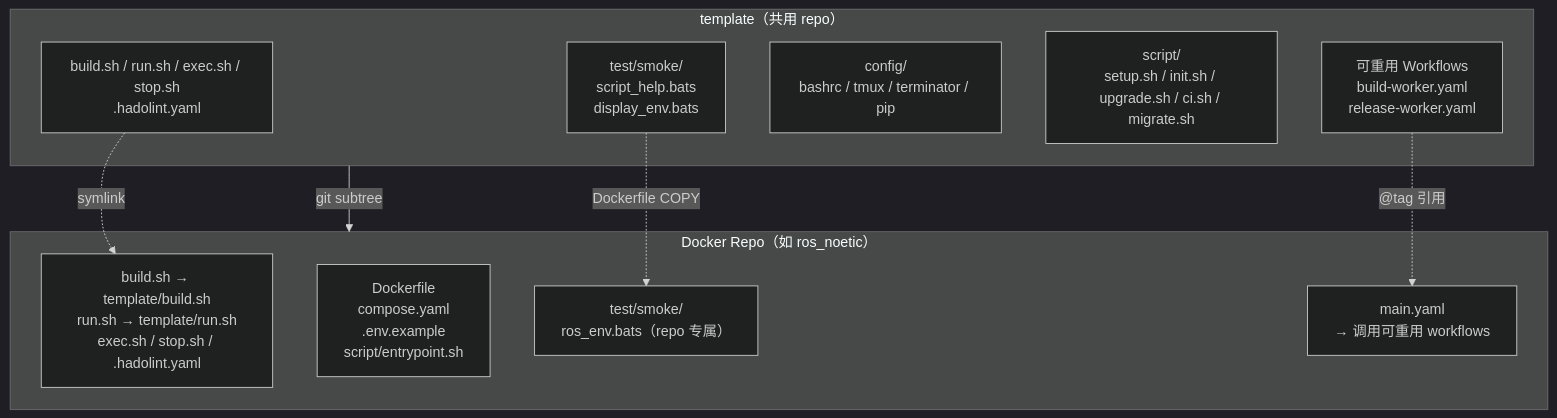
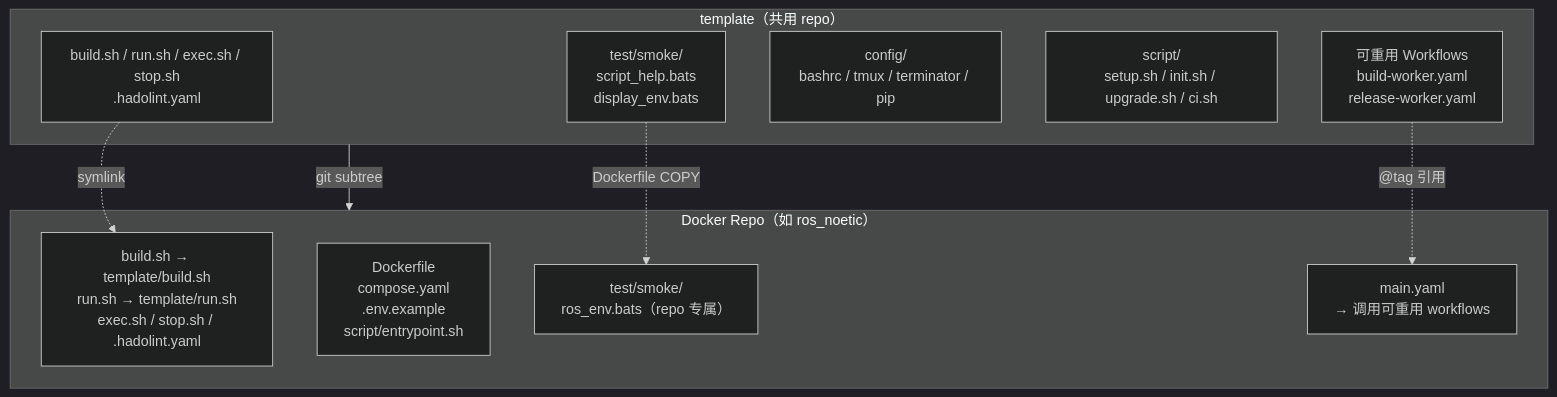
The first of 2 diagrams in doc/readme/README.zh-CN.md (ycpss91255-docker/base), drawn with Mermaid (dark theme) before and after one commit. The commit also changed other lines of this file and 5 other files, not shown here.

````diff
--- a/doc/readme/README.zh-CN.md
+++ b/doc/readme/README.zh-CN.md
@@ -53,22 +53,22 @@
 ```mermaid
 graph TB
     subgraph template["template（共用 repo）"]
         scripts["build.sh / run.sh / exec.sh / stop.sh<br/>.hadolint.yaml"]
         smoke["test/smoke/<br/>script_help.bats<br/>display_env.bats"]
         config["config/<br/>bashrc / tmux / terminator / pip"]
-        mgmt["script/<br/>setup.sh / init.sh / upgrade.sh / ci.sh / migrate.sh"]
+        mgmt["script/<br/>setup.sh / init.sh / upgrade.sh / ci.sh"]
         workflows["可重用 Workflows<br/>build-worker.yaml<br/>release-worker.yaml"]
     end
 
     subgraph consumer["Docker Repo（如 ros_noetic）"]
         symlinks["build.sh → template/build.sh<br/>run.sh → template/run.sh<br/>exec.sh / stop.sh / .hadolint.yaml"]
         dockerfile["Dockerfile<br/>compose.yaml<br/>.env.example<br/>script/entrypoint.sh"]
         repo_test["test/smoke/<br/>ros_env.bats（repo 专属）"]
         main_yaml["main.yaml<br/>→ 调用可重用 workflows"]
     end
 
     template -- "git subtree" --> consumer
     scripts -. "symlink" .-> symlinks
     smoke -. "Dockerfile COPY" .-> repo_test
     workflows -. "@tag 引用" .-> main_yaml
 ```
````
